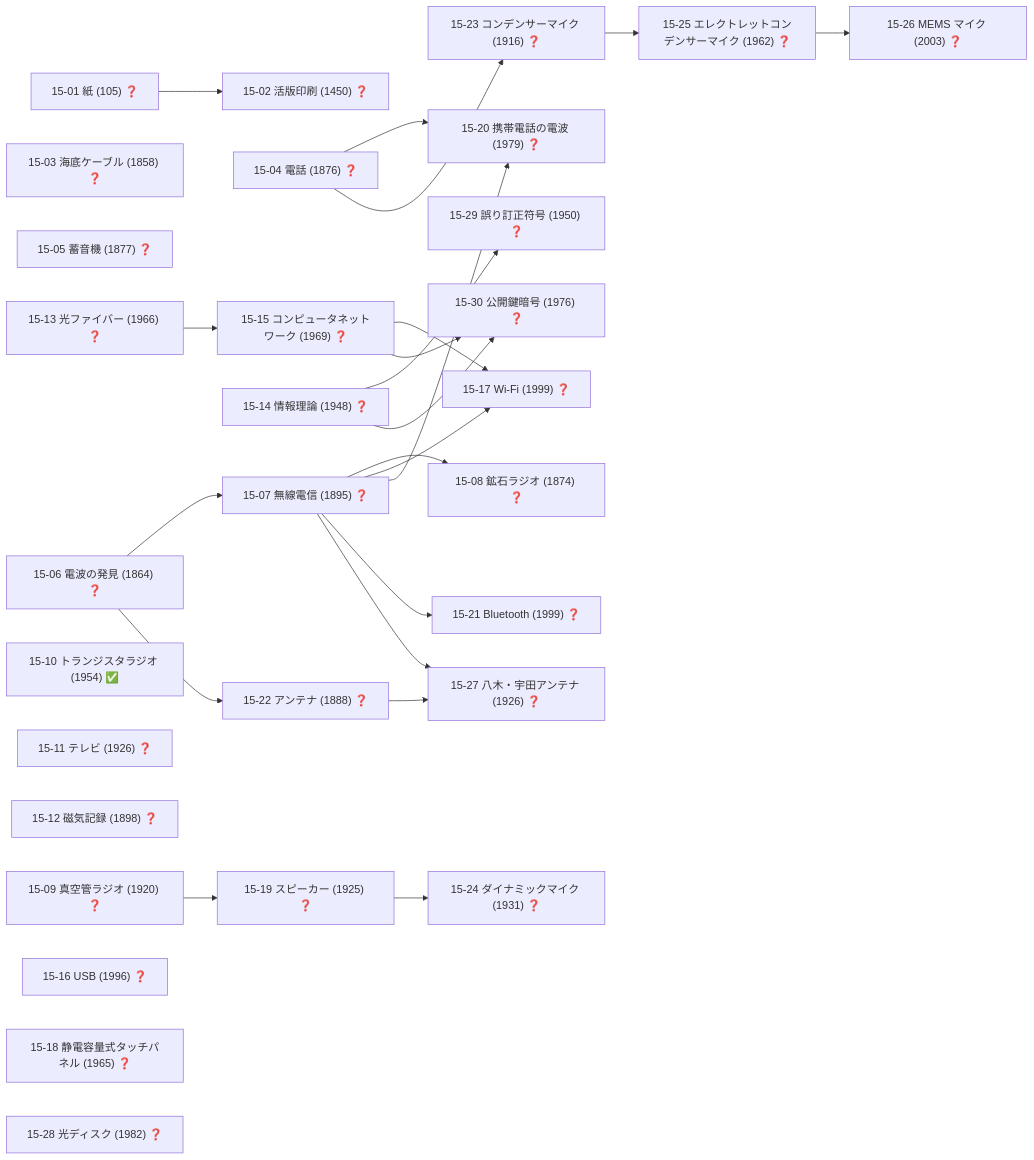
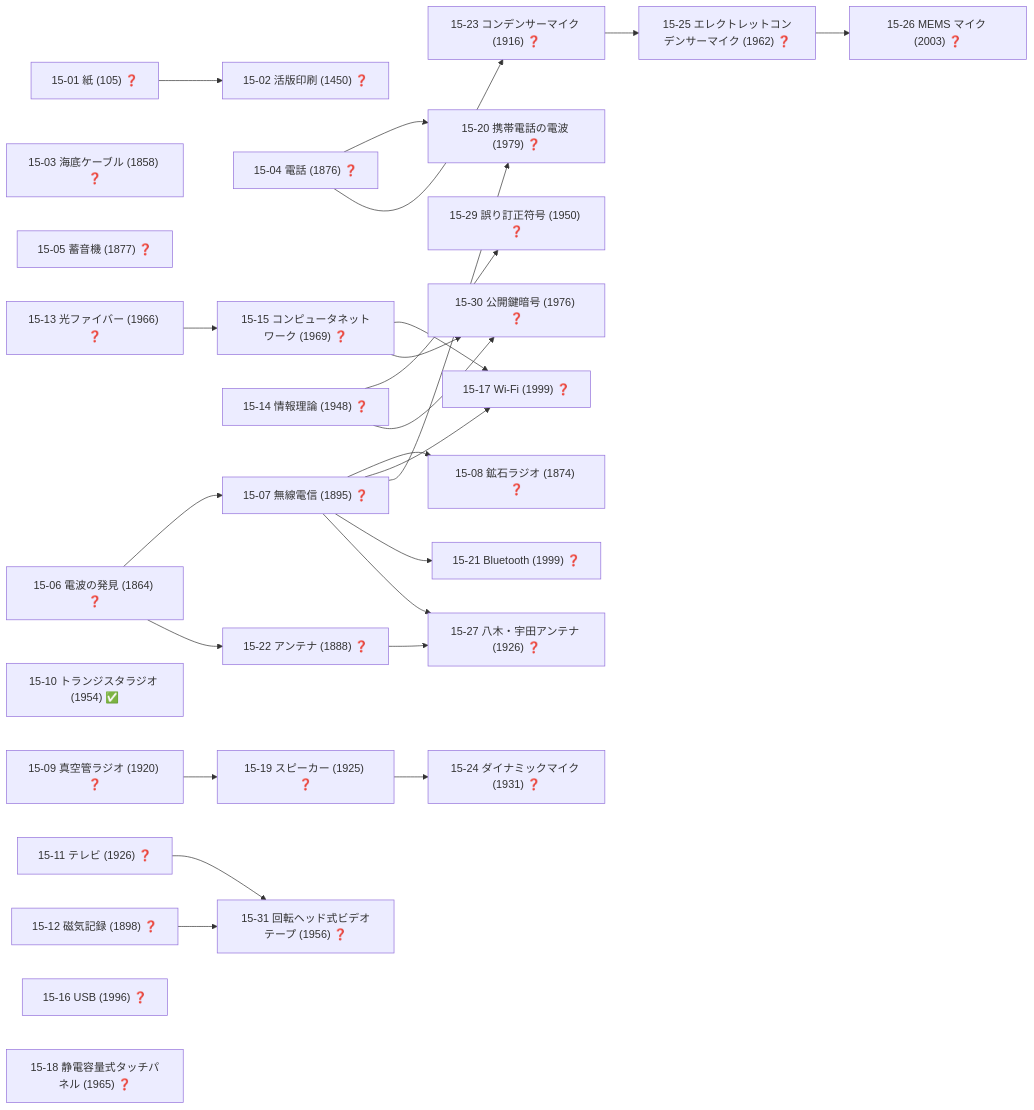
Diagram 18 of 19 in docs/TECH_TREE_VIEW.md (taku3i0317-collab/semiconductor-lab), drawn with Mermaid before and after one commit. The commit also changed other lines of this file and 8 other files, not shown here.

````diff
--- a/docs/TECH_TREE_VIEW.md
+++ b/docs/TECH_TREE_VIEW.md
@@ -941,53 +941,55 @@
 ```mermaid
 graph LR
   n15_01["15-01 紙 (105) ❓"]
   n15_02["15-02 活版印刷 (1450) ❓"]
   n15_03["15-03 海底ケーブル (1858) ❓"]
   n15_04["15-04 電話 (1876) ❓"]
   n15_05["15-05 蓄音機 (1877) ❓"]
   n15_06["15-06 電波の発見 (1864) ❓"]
   n15_07["15-07 無線電信 (1895) ❓"]
   n15_08["15-08 鉱石ラジオ (1874) ❓"]
   n15_09["15-09 真空管ラジオ (1920) ❓"]
   n15_10["15-10 トランジスタラジオ (1954) ✅"]
   n15_11["15-11 テレビ (1926) ❓"]
   n15_12["15-12 磁気記録 (1898) ❓"]
   n15_13["15-13 光ファイバー (1966) ❓"]
   n15_14["15-14 情報理論 (1948) ❓"]
   n15_15["15-15 コンピュータネットワーク (1969) ❓"]
   n15_16["15-16 USB (1996) ❓"]
   n15_17["15-17 Wi-Fi (1999) ❓"]
   n15_18["15-18 静電容量式タッチパネル (1965) ❓"]
   n15_19["15-19 スピーカー (1925) ❓"]
   n15_20["15-20 携帯電話の電波 (1979) ❓"]
   n15_21["15-21 Bluetooth (1999) ❓"]
   n15_22["15-22 アンテナ (1888) ❓"]
   n15_23["15-23 コンデンサーマイク (1916) ❓"]
   n15_24["15-24 ダイナミックマイク (1931) ❓"]
   n15_25["15-25 エレクトレットコンデンサーマイク (1962) ❓"]
   n15_26["15-26 MEMS マイク (2003) ❓"]
   n15_27["15-27 八木・宇田アンテナ (1926) ❓"]
-  n15_28["15-28 光ディスク (1982) ❓"]
   n15_29["15-29 誤り訂正符号 (1950) ❓"]
   n15_30["15-30 公開鍵暗号 (1976) ❓"]
+  n15_31["15-31 回転ヘッド式ビデオテープ (1956) ❓"]
   n15_01-->n15_02
   n15_06-->n15_07
   n15_07-->n15_08
   n15_13-->n15_15
   n15_07-->n15_17
   n15_15-->n15_17
   n15_09-->n15_19
   n15_04-->n15_20
   n15_07-->n15_20
   n15_07-->n15_21
   n15_06-->n15_22
   n15_04-->n15_23
   n15_19-->n15_24
   n15_23-->n15_25
   n15_25-->n15_26
   n15_07-->n15_27
   n15_22-->n15_27
   n15_14-->n15_29
   n15_14-->n15_30
   n15_15-->n15_30
+  n15_11-->n15_31
+  n15_12-->n15_31
 ```
````
